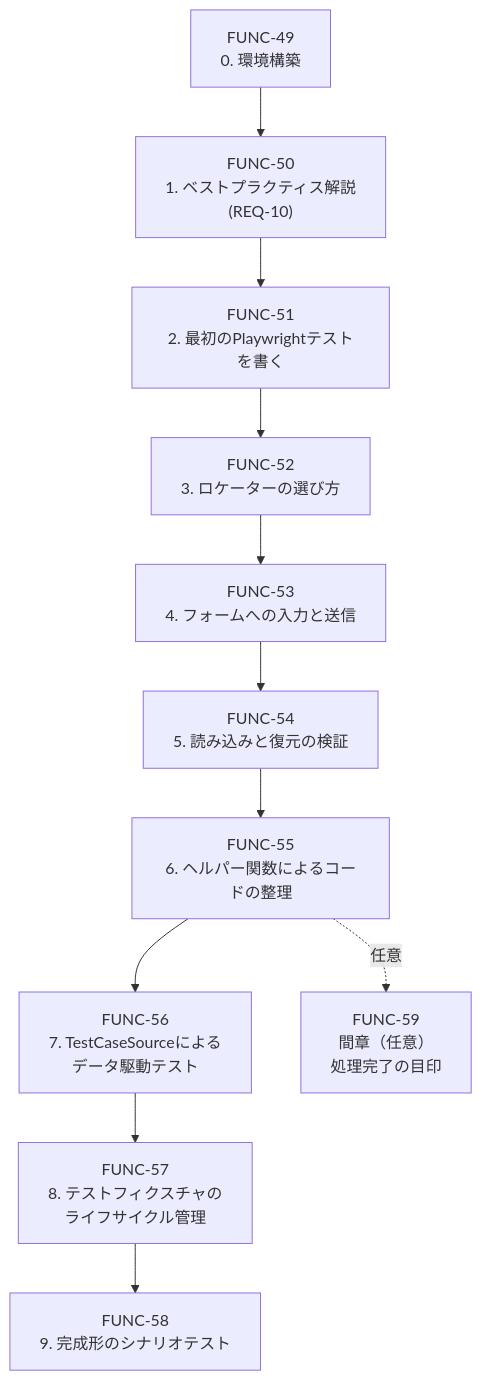
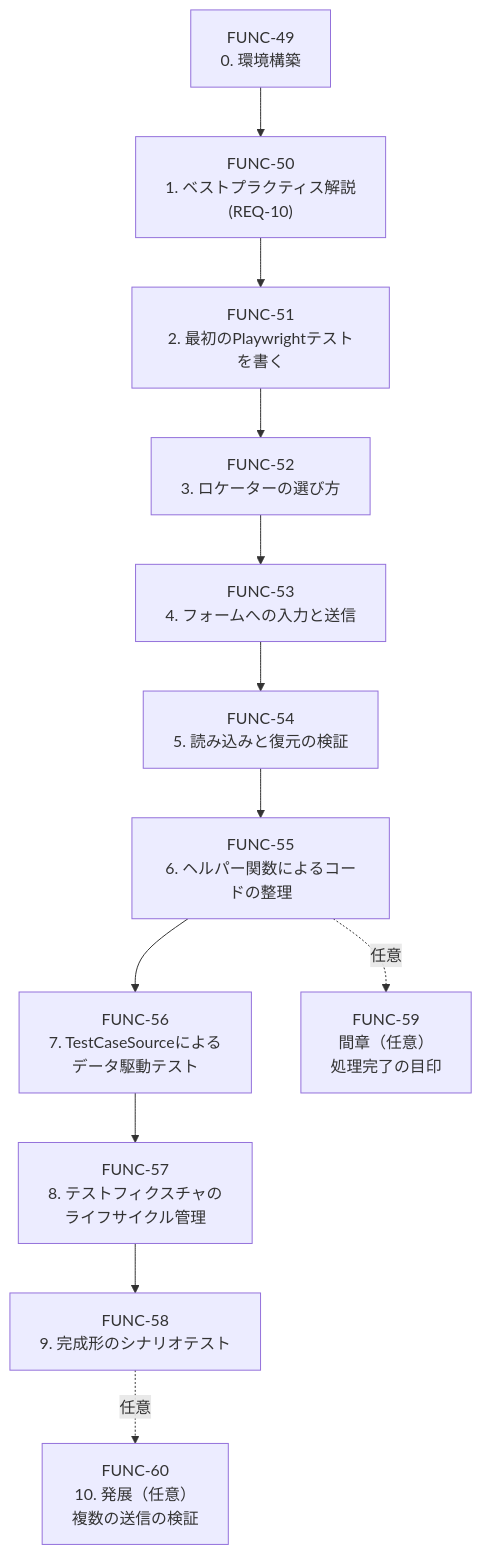
Before and after one commit to SanghunIm1991/learn-playwright-dotnet: the third of 3 diagrams in docs/03_function_design/COMP-06.md, drawn with Mermaid. The commit also changed other lines of this file and 8 other files, not shown here.

````diff
--- a/docs/03_function_design/COMP-06.md
+++ b/docs/03_function_design/COMP-06.md
@@ -382,25 +402,27 @@
 ```mermaid
 flowchart TD
     F49["FUNC-49<br/>0. 環境構築"]
     F50["FUNC-50<br/>1. ベストプラクティス解説<br/>(REQ-10)"]
     F51["FUNC-51<br/>2. 最初のPlaywrightテストを書く"]
     F52["FUNC-52<br/>3. ロケーターの選び方"]
     F53["FUNC-53<br/>4. フォームへの入力と送信"]
     F54["FUNC-54<br/>5. 読み込みと復元の検証"]
     F55["FUNC-55<br/>6. ヘルパー関数によるコードの整理"]
     F56["FUNC-56<br/>7. TestCaseSourceによる<br/>データ駆動テスト"]
     F57["FUNC-57<br/>8. テストフィクスチャの<br/>ライフサイクル管理"]
     F58["FUNC-58<br/>9. 完成形のシナリオテスト"]
     F59["FUNC-59<br/>間章（任意）<br/>処理完了の目印"]
+    F60["FUNC-60<br/>10. 発展（任意）<br/>複数の送信の検証"]
 
     F49 --> F50
     F50 --> F51
     F51 --> F52
     F52 --> F53
     F53 --> F54
     F54 --> F55
     F55 --> F56
     F56 --> F57
     F57 --> F58
     F55 -.->|任意| F59
+    F58 -.->|任意| F60
 ```
````
